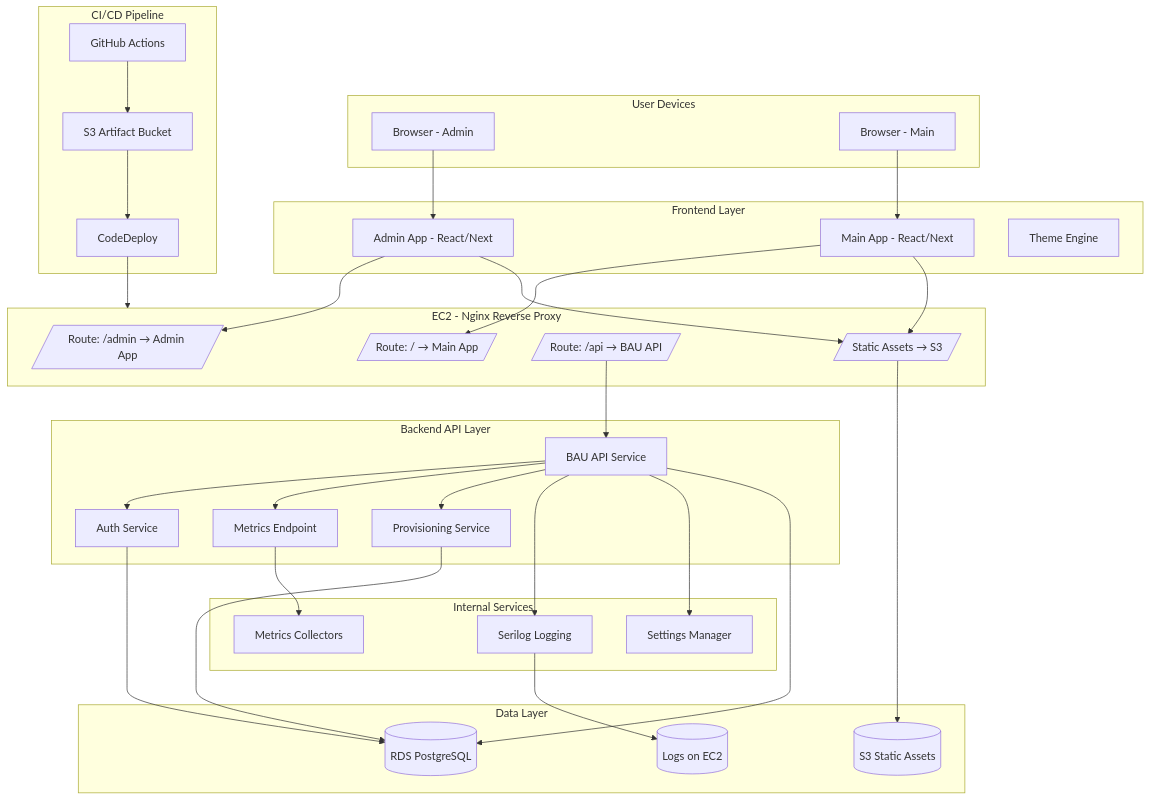
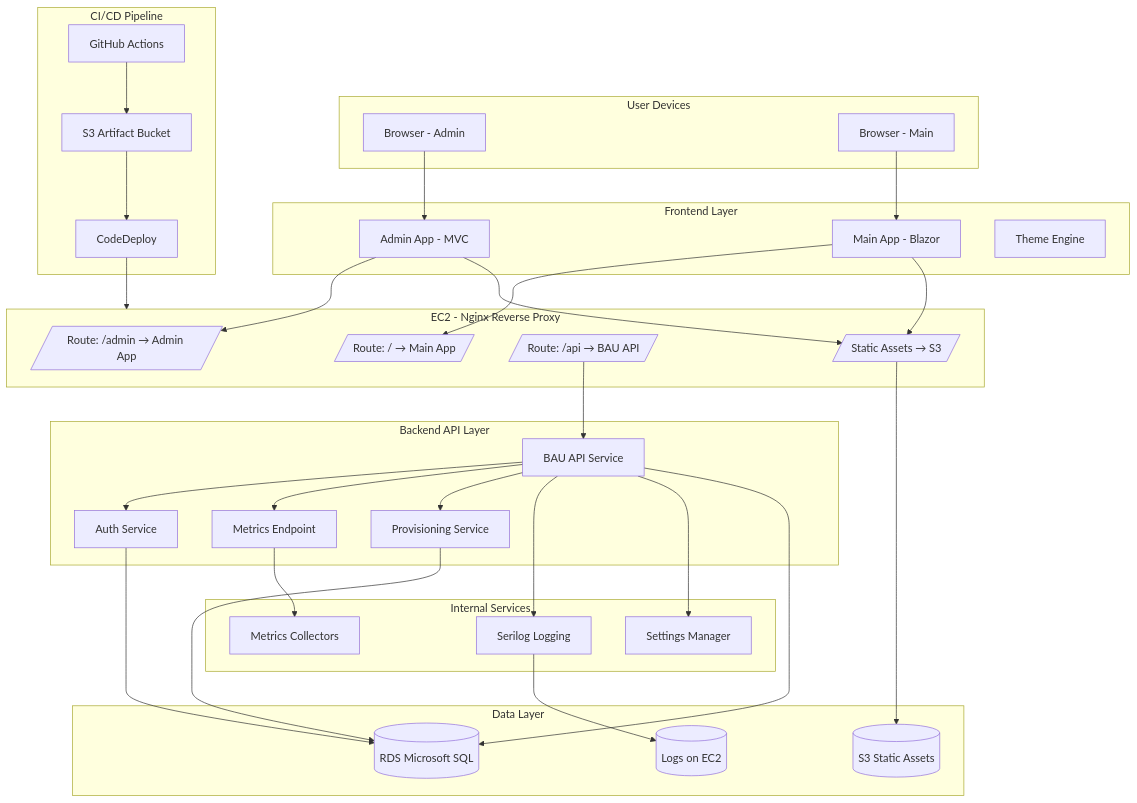
Diagram 22 of 23 in docs/MICROSERVICEARCHITECTUREOVERVIEW.md (cruckman900/BusinessAsUsual), drawn with Mermaid before and after one commit. The commit also changed other lines of this file, not shown here.

Commit message:
updated doc to show MVC/Blazor and Microsoft SQL

````diff
--- a/docs/MICROSERVICEARCHITECTUREOVERVIEW.md
+++ b/docs/MICROSERVICEARCHITECTUREOVERVIEW.md
@@ -2461,75 +2461,75 @@
 ```mermaid
 flowchart TB
 
     subgraph Client["User Devices"]
         C1[Browser - Admin]
         C2[Browser - Main]
     end
 
     subgraph Frontend["Frontend Layer"]
-        F1[Admin App - React/Next]
-        F2[Main App - React/Next]
+        F1[Admin App - MVC]
+        F2[Main App - Blazor]
         F3[Theme Engine]
     end
 
     subgraph Nginx["EC2 - Nginx Reverse Proxy"]
         N1[/Route: /admin → Admin App/]
         N2[/Route: / → Main App/]
         N3[/Route: /api → BAU API/]
         N4[/Static Assets → S3/]
     end
 
     subgraph API["Backend API Layer"]
         A1[BAU API Service]
         A2[Auth Service]
         A3[Metrics Endpoint]
         A4[Provisioning Service]
     end
 
     subgraph Services["Internal Services"]
         S1[Metrics Collectors]
         S2[Serilog Logging]
         S3[Settings Manager]
     end
 
     subgraph Data["Data Layer"]
-        D1[(RDS PostgreSQL)]
+        D1[(RDS Microsoft SQL)]
         D2[(S3 Static Assets)]
         D3[(Logs on EC2)]
     end
 
     subgraph Deployment["CI/CD Pipeline"]
         P1[GitHub Actions]
         P2[S3 Artifact Bucket]
         P3[CodeDeploy]
     end
 
     C1 --> F1
     C2 --> F2
 
     F1 --> N1
     F2 --> N2
     F1 --> N4
     F2 --> N4
 
     N3 --> A1
 
     A1 --> A2
     A1 --> A3
     A1 --> A4
 
     A3 --> S1
     A1 --> S2
     A1 --> S3
 
     A1 --> D1
     A2 --> D1
     A4 --> D1
 
     N4 --> D2
     S2 --> D3
 
     P1 --> P2
     P2 --> P3
     P3 --> Nginx
 ```
````
